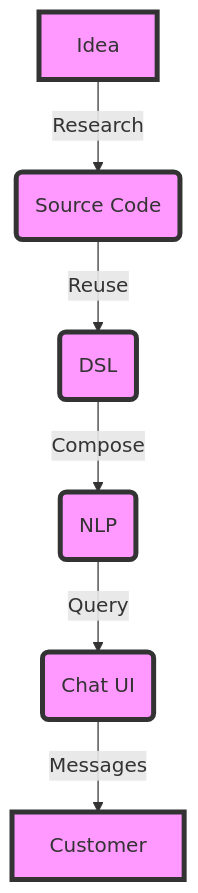
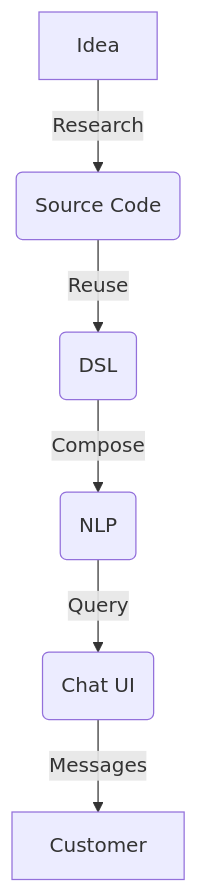
The diagram in README.md (text-to-software/text.to.software), drawn with Mermaid before and after one commit.

````diff
--- a/README.md
+++ b/README.md
@@ -41,12 +41,11 @@
 ```mermaid
 graph TD;
     A[Idea] -->|Research| B(Source Code)
     B --> |Reuse| C(DSL)
     C --> |Compose| D(NLP)
     D --> |Query| E(Chat UI)
     E --> |Messages| F[Customer]
-
-    classDef default fill:#f9f,stroke:#333,stroke-width:4px;
+    
     classDef special fill:#bbf,stroke:#f66,stroke-width:2px,stroke-dasharray: 5, 5;
     class A,B,C,D,E,F default;
 ```
````
